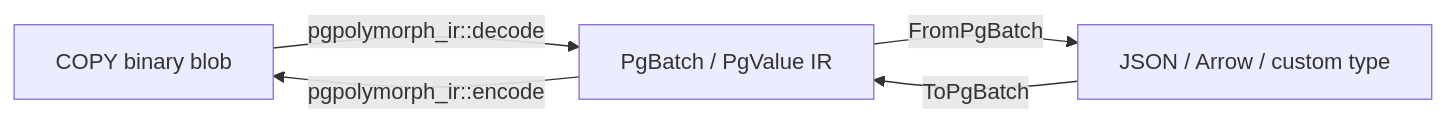
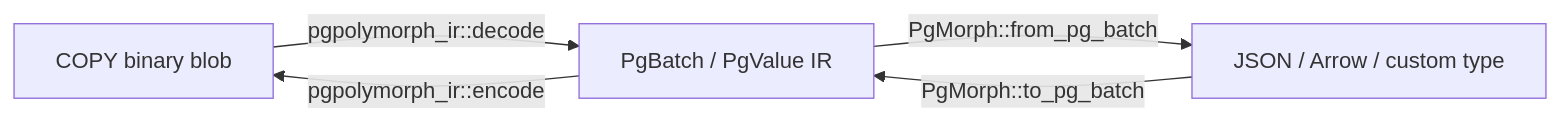
Before and after one commit to livinlefevreloca/pgpolymorph: the second of 2 diagrams in pgpolymorph-ir/SPEC.md, drawn with Mermaid. The commit also changed other lines of this file and 4 other files, not shown here.

````diff
--- a/pgpolymorph-ir/SPEC.md
+++ b/pgpolymorph-ir/SPEC.md
@@ -330,11 +338,11 @@
 ```mermaid
 flowchart LR
     Binary[COPY binary blob]
     IR[PgBatch / PgValue IR]
     Native[JSON / Arrow / custom type]
 
     Binary -->|"pgpolymorph_ir::decode"| IR
     IR -->|"pgpolymorph_ir::encode"| Binary
-    IR -->|"FromPgBatch"| Native
-    Native -->|"ToPgBatch"| IR
+    IR -->|"PgMorph::from_pg_batch"| Native
+    Native -->|"PgMorph::to_pg_batch"| IR
 ```
````
